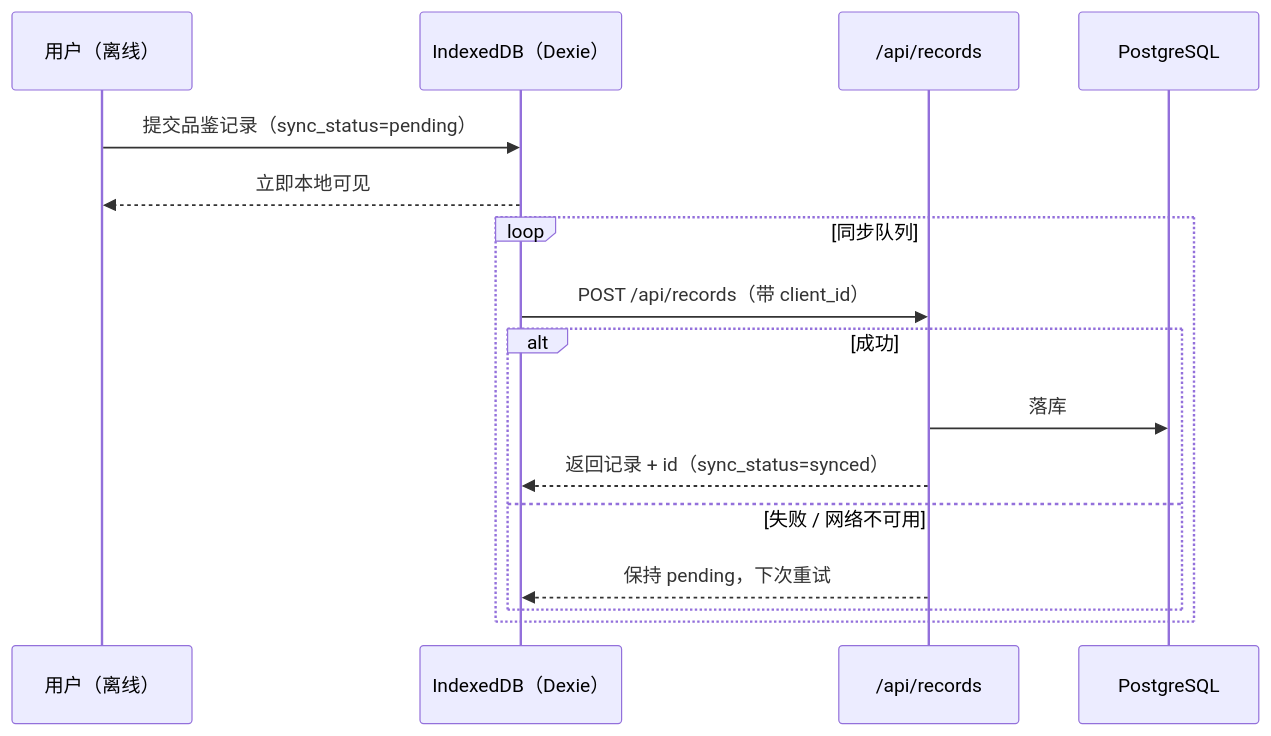
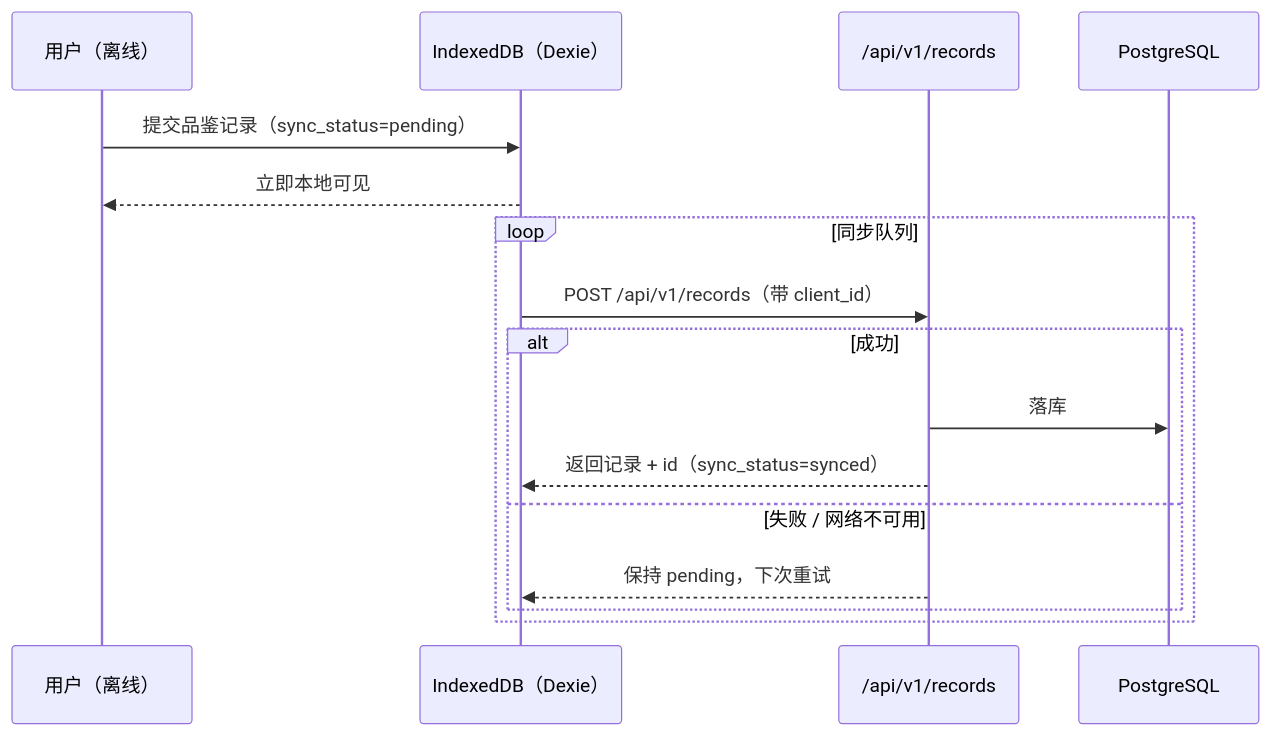
The third of 4 diagrams in docs/architecture/system-overview.md (qiuqianyi66/tea-ceremony), drawn with Mermaid before and after one commit. The commit also changed other lines of this file and 5 other files, not shown here.

````diff
--- a/docs/architecture/system-overview.md
+++ b/docs/architecture/system-overview.md
@@ -81,19 +81,19 @@
 ```mermaid
 sequenceDiagram
     participant U as 用户（离线）
     participant IDB as IndexedDB（Dexie）
-    participant API as /api/records
+    participant API as /api/v1/records
     participant PG as PostgreSQL
 
     U->>IDB: 提交品鉴记录（sync_status=pending）
     IDB-->>U: 立即本地可见
     loop 同步队列
-        IDB->>API: POST /api/records（带 client_id）
+        IDB->>API: POST /api/v1/records（带 client_id）
         alt 成功
             API->>PG: 落库
             API-->>IDB: 返回记录 + id（sync_status=synced）
         else 失败 / 网络不可用
             API-->>IDB: 保持 pending，下次重试
         end
     end
 ```
````
